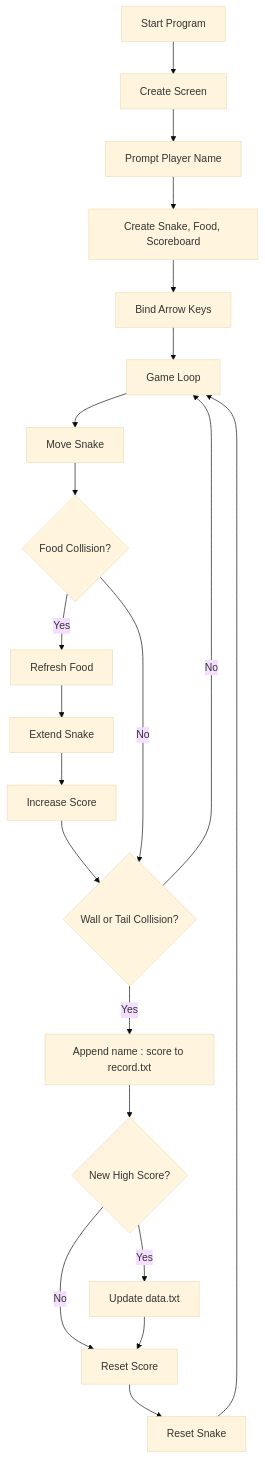
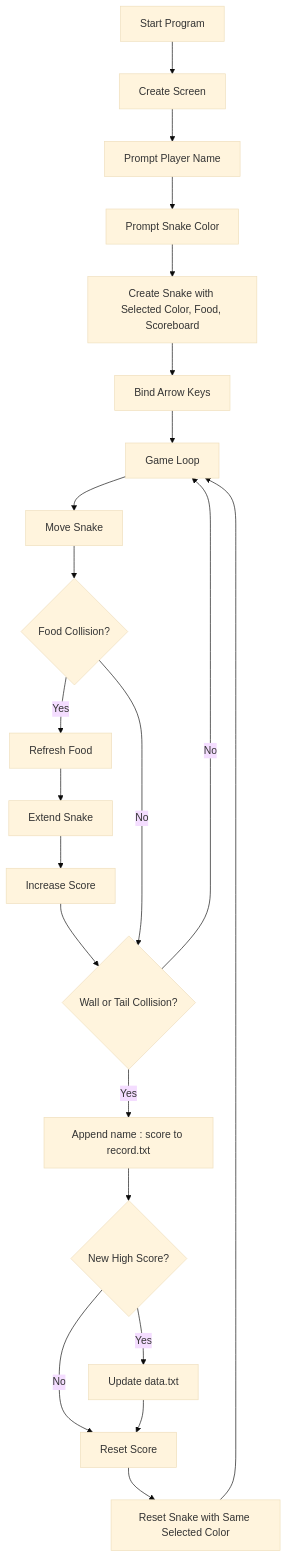
The diagram in README.md (sunilsuman81/Snake-Game-high-score), drawn with Mermaid (base theme) before and after one commit. The commit also changed other lines of this file and 3 other files, not shown here.

First line of the commit message:
add snake color selection before game starts

````diff
--- a/README.md
+++ b/README.md
@@ -33,23 +34,24 @@
 ```mermaid
 flowchart TD
     A[Start Program] --> B[Create Screen]
     B --> C[Prompt Player Name]
-    C --> D[Create Snake, Food, Scoreboard]
-    D --> E[Bind Arrow Keys]
-    E --> F[Game Loop]
-    F --> G[Move Snake]
-    G --> H{Food Collision?}
-    H -- Yes --> I[Refresh Food]
-    I --> J[Extend Snake]
-    J --> K[Increase Score]
-    K --> L{Wall or Tail Collision?}
-    H -- No --> L
-    L -- Yes --> M[Append name : score to record.txt]
-    M --> N{New High Score?}
-    N -- Yes --> O[Update data.txt]
-    N -- No --> P[Reset Score]
-    O --> P
-    P --> Q[Reset Snake]
-    Q --> F
-    L -- No --> F
+    C --> D[Prompt Snake Color]
+    D --> E[Create Snake with Selected Color, Food, Scoreboard]
+    E --> F[Bind Arrow Keys]
+    F --> G[Game Loop]
+    G --> H[Move Snake]
+    H --> I{Food Collision?}
+    I -- Yes --> J[Refresh Food]
+    J --> K[Extend Snake]
+    K --> L[Increase Score]
+    L --> M{Wall or Tail Collision?}
+    I -- No --> M
+    M -- Yes --> N[Append name : score to record.txt]
+    N --> O{New High Score?}
+    O -- Yes --> P[Update data.txt]
+    O -- No --> Q[Reset Score]
+    P --> Q
+    Q --> R[Reset Snake with Same Selected Color]
+    R --> G
+    M -- No --> G
 ```
````
